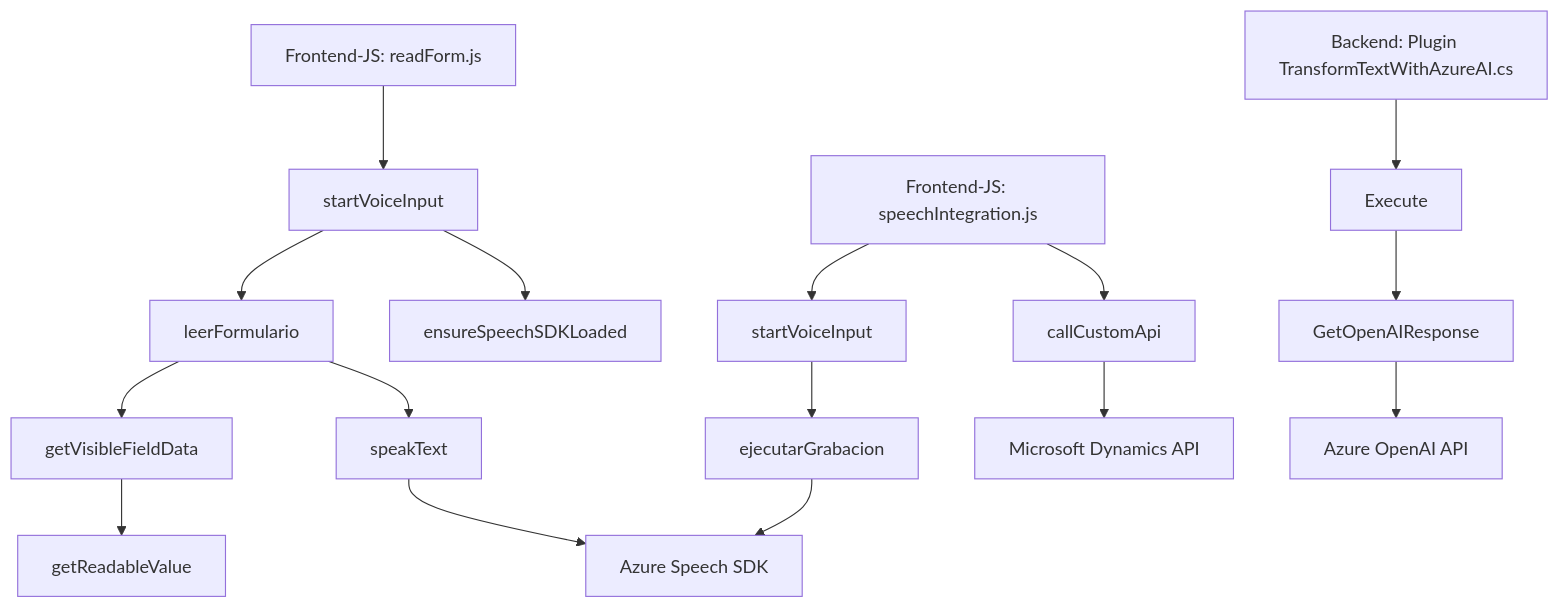
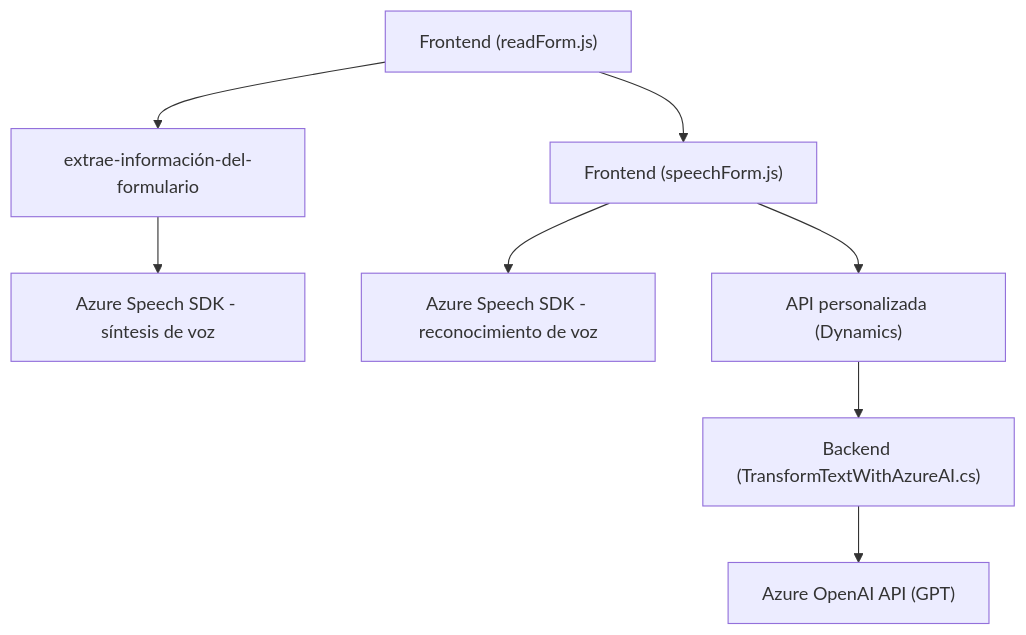
The diagram in README.md (blopezdm/NETCORE_BILBAO2025), drawn with Mermaid before and after one commit. The commit also changed other lines of this file, not shown here.

````diff
--- a/README.md
+++ b/README.md
@@ -39,20 +43,10 @@
 ```mermaid
 graph TD
-    A["Frontend-JS: readForm.js"] --> B["startVoiceInput"]
-    B --> C["leerFormulario"]
-    B --> D["ensureSpeechSDKLoaded"]
-    C --> E["getVisibleFieldData"]
-    C --> F["speakText"]
-    E --> G["getReadableValue"]
-    F --> H["Azure Speech SDK"]
-
-    I["Frontend-JS: speechIntegration.js"] --> J["startVoiceInput"]
-    J --> K["ejecutarGrabacion"]
-    I --> L["callCustomApi"]
-    K --> H
-    L --> M["Microsoft Dynamics API"]
-
-    N["Backend: Plugin TransformTextWithAzureAI.cs"] --> O["Execute"]
-    O --> P["GetOpenAIResponse"]
-    P --> Q["Azure OpenAI API"]
+    A["Frontend (readForm.js)"] --> B["extrae-información-del-formulario"]
+    B --> C["Azure Speech SDK - síntesis de voz"]
+    A --> D["Frontend (speechForm.js)"]
+    D --> E["Azure Speech SDK - reconocimiento de voz"]
+    D --> H["API personalizada (Dynamics)"]
+    H --> F["Backend (TransformTextWithAzureAI.cs)"]
+    F --> G["Azure OpenAI API (GPT)"]
 ```
````
